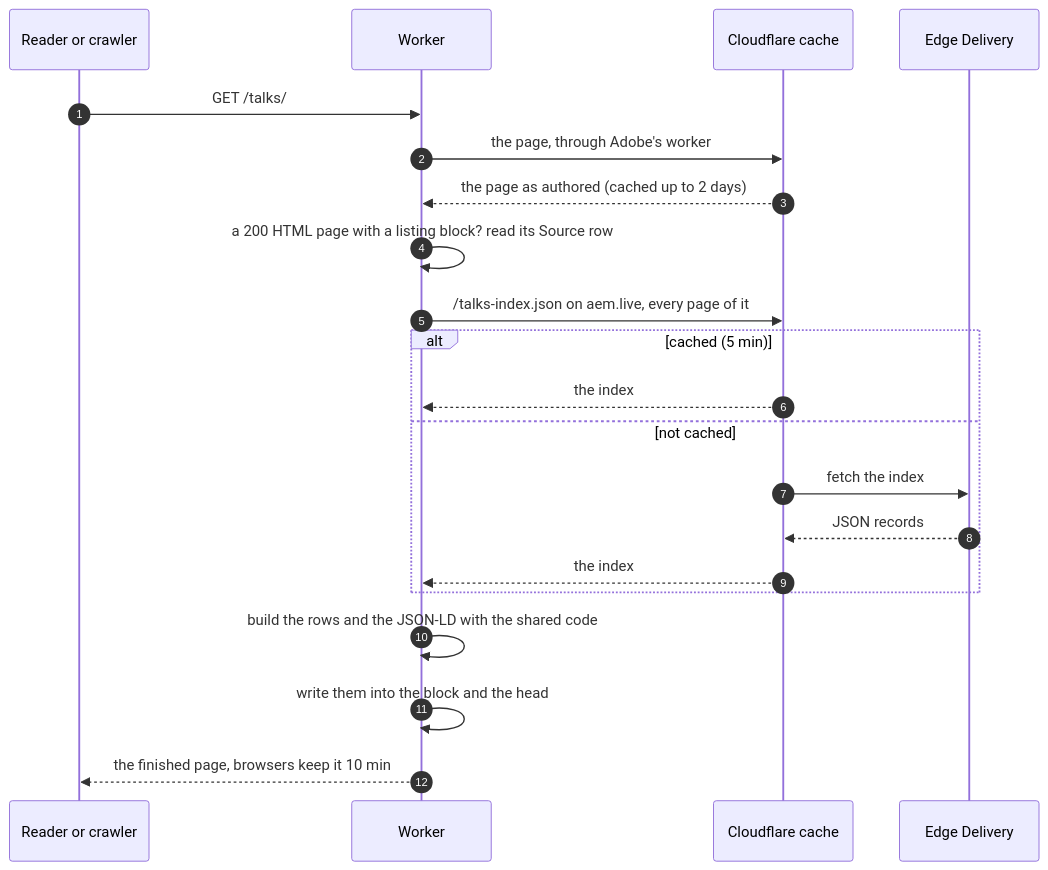
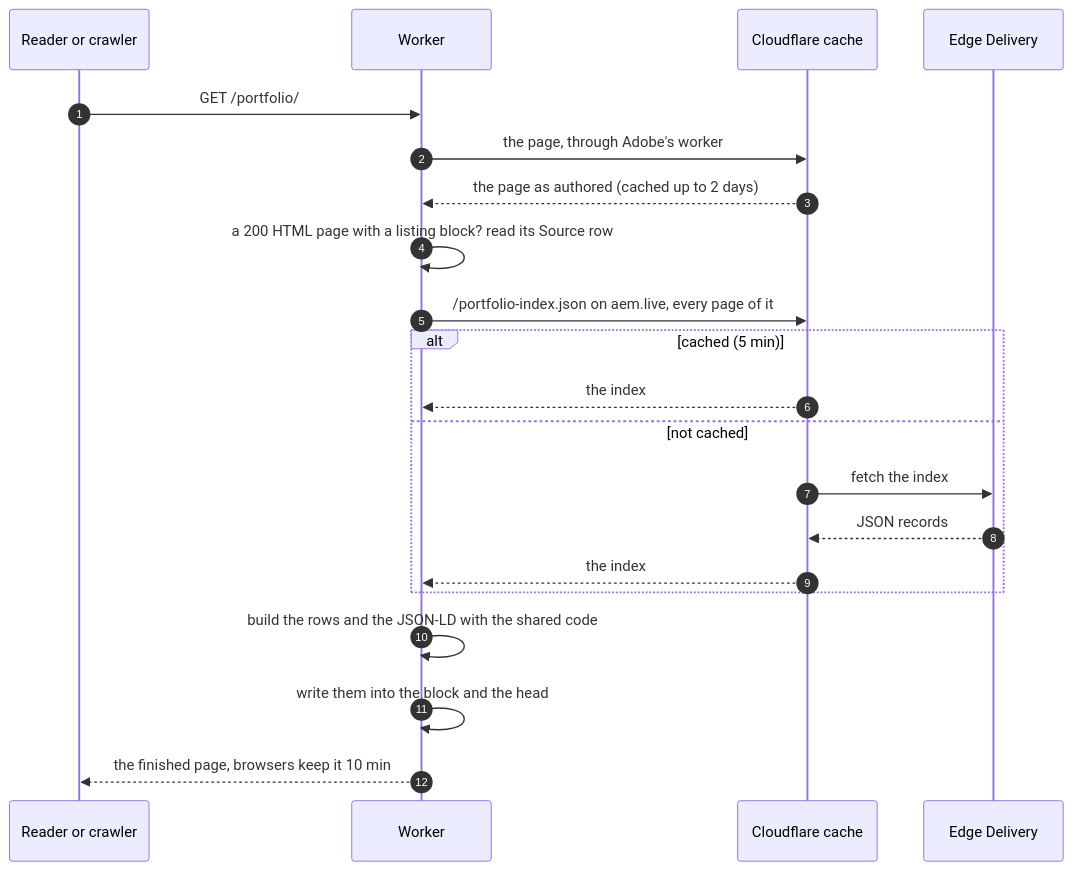
The second of 6 diagrams in docs/edge-rendering.md (jackzhaojin/www-eds), drawn with Mermaid before and after one commit. The commit also changed other lines of this file and 57 other files, not shown here.

First line of the commit message:
feat(talks): v1.3.0, no talk pages; talks link out and fold into the portfolio (#14)

````diff
--- a/docs/edge-rendering.md
+++ b/docs/edge-rendering.md
@@ -103,23 +105,23 @@
 ```mermaid
 sequenceDiagram
   autonumber
   participant R as Reader or crawler
   participant W as Worker
   participant C as Cloudflare cache
   participant E as Edge Delivery
-  R->>W: GET /talks/
+  R->>W: GET /portfolio/
   W->>C: the page, through Adobe's worker
   C-->>W: the page as authored (cached up to 2 days)
   W->>W: a 200 HTML page with a listing block? read its Source row
-  W->>C: /talks-index.json on aem.live, every page of it
+  W->>C: /portfolio-index.json on aem.live, every page of it
   alt cached (5 min)
     C-->>W: the index
   else not cached
     C->>E: fetch the index
     E-->>C: JSON records
     C-->>W: the index
   end
   W->>W: build the rows and the JSON-LD with the shared code
   W->>W: write them into the block and the head
   W-->>R: the finished page, browsers keep it 10 min
 ```
````
